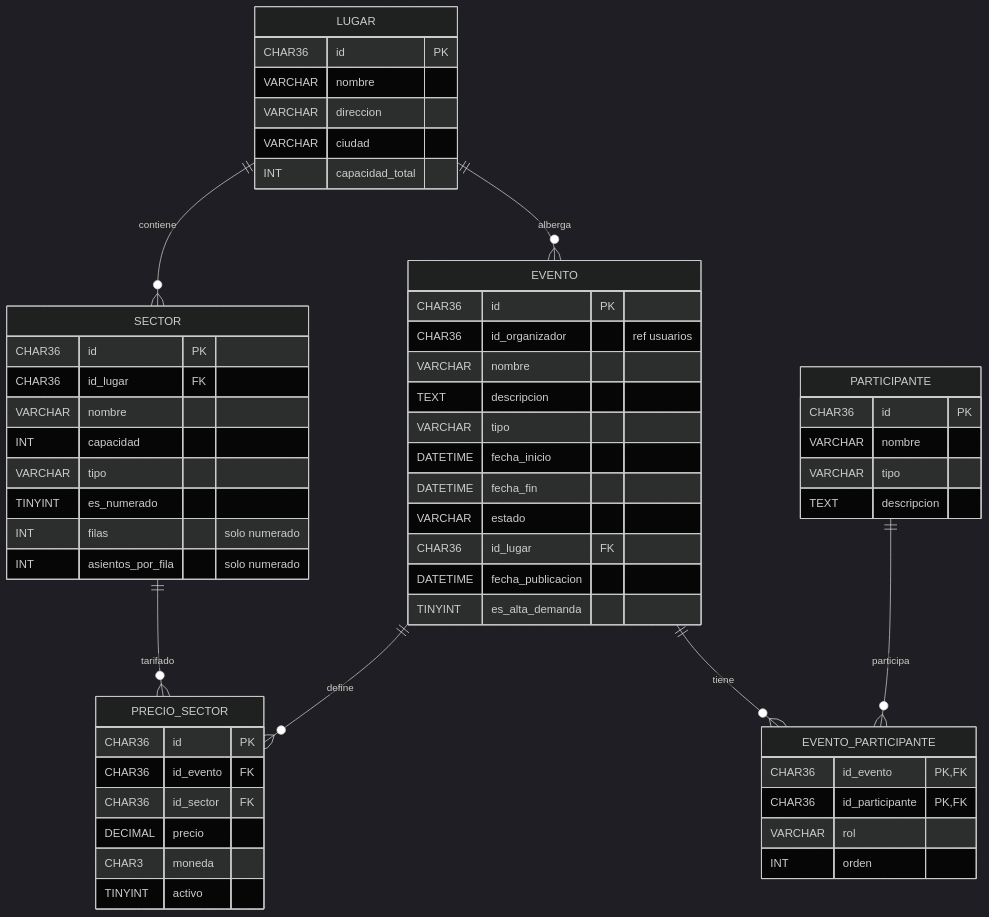
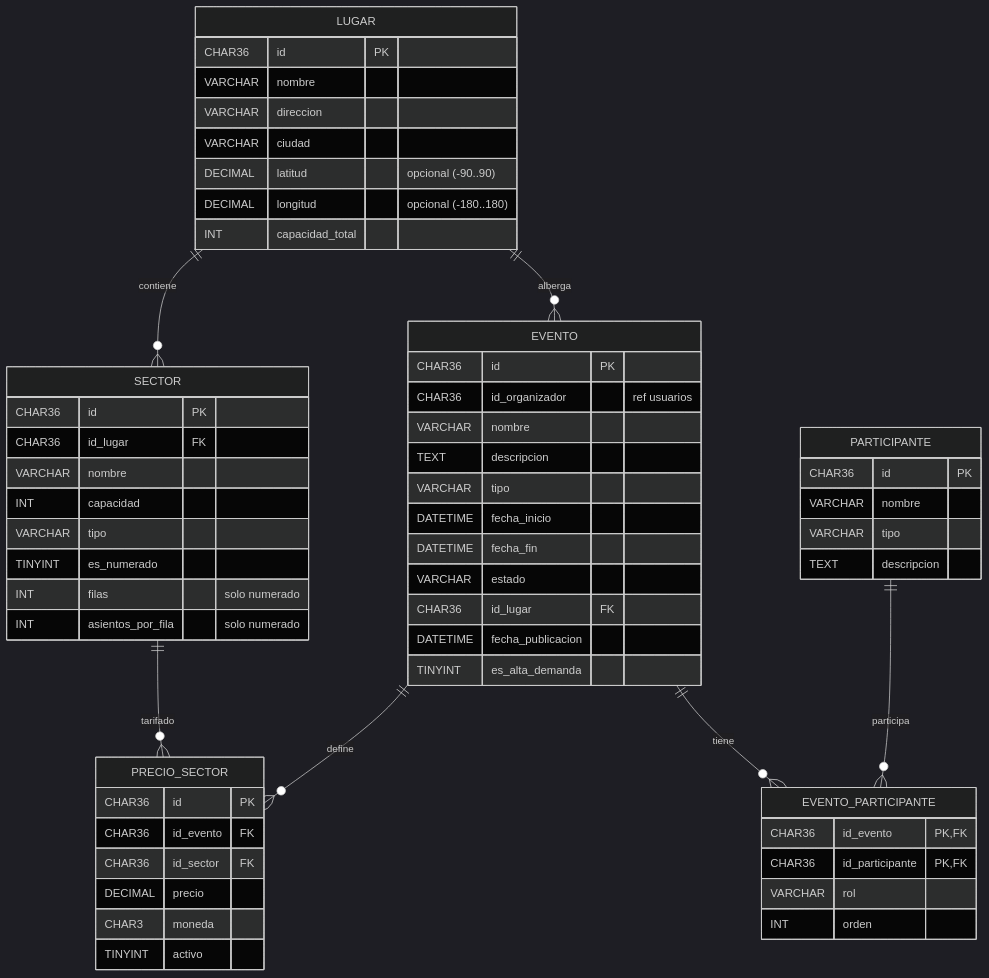
One commit to florAlar/ticketYa changed the second of 5 diagrams in Backend/docs/modelo-datos.md. Above: the diagram before and after it, drawn with Mermaid (dark theme). The commit also changed 22 other files, not shown here.

Commit message:
lugar por latitud y longitud

````diff
--- a/Backend/docs/modelo-datos.md
+++ b/Backend/docs/modelo-datos.md
@@ -52,60 +52,62 @@
 ```mermaid
 erDiagram
     LUGAR ||--o{ SECTOR : contiene
     LUGAR ||--o{ EVENTO : alberga
     EVENTO ||--o{ PRECIO_SECTOR : define
     SECTOR ||--o{ PRECIO_SECTOR : tarifado
     EVENTO ||--o{ EVENTO_PARTICIPANTE : tiene
     PARTICIPANTE ||--o{ EVENTO_PARTICIPANTE : participa
 
     LUGAR {
         CHAR36 id PK
         VARCHAR nombre
         VARCHAR direccion
         VARCHAR ciudad
+        DECIMAL latitud "opcional (-90..90)"
+        DECIMAL longitud "opcional (-180..180)"
         INT capacidad_total
     }
     SECTOR {
         CHAR36 id PK
         CHAR36 id_lugar FK
         VARCHAR nombre
         INT capacidad
         VARCHAR tipo
         TINYINT es_numerado
         INT filas "solo numerado"
         INT asientos_por_fila "solo numerado"
     }
     EVENTO {
         CHAR36 id PK
         CHAR36 id_organizador "ref usuarios"
         VARCHAR nombre
         TEXT descripcion
         VARCHAR tipo
         DATETIME fecha_inicio
         DATETIME fecha_fin
         VARCHAR estado
         CHAR36 id_lugar FK
         DATETIME fecha_publicacion
         TINYINT es_alta_demanda
     }
     PRECIO_SECTOR {
         CHAR36 id PK
         CHAR36 id_evento FK
         CHAR36 id_sector FK
         DECIMAL precio
         CHAR3 moneda
         TINYINT activo
     }
     PARTICIPANTE {
         CHAR36 id PK
         VARCHAR nombre
         VARCHAR tipo
         TEXT descripcion
     }
     EVENTO_PARTICIPANTE {
         CHAR36 id_evento PK,FK
         CHAR36 id_participante PK,FK
         VARCHAR rol
         INT orden
     }
 ```
````
